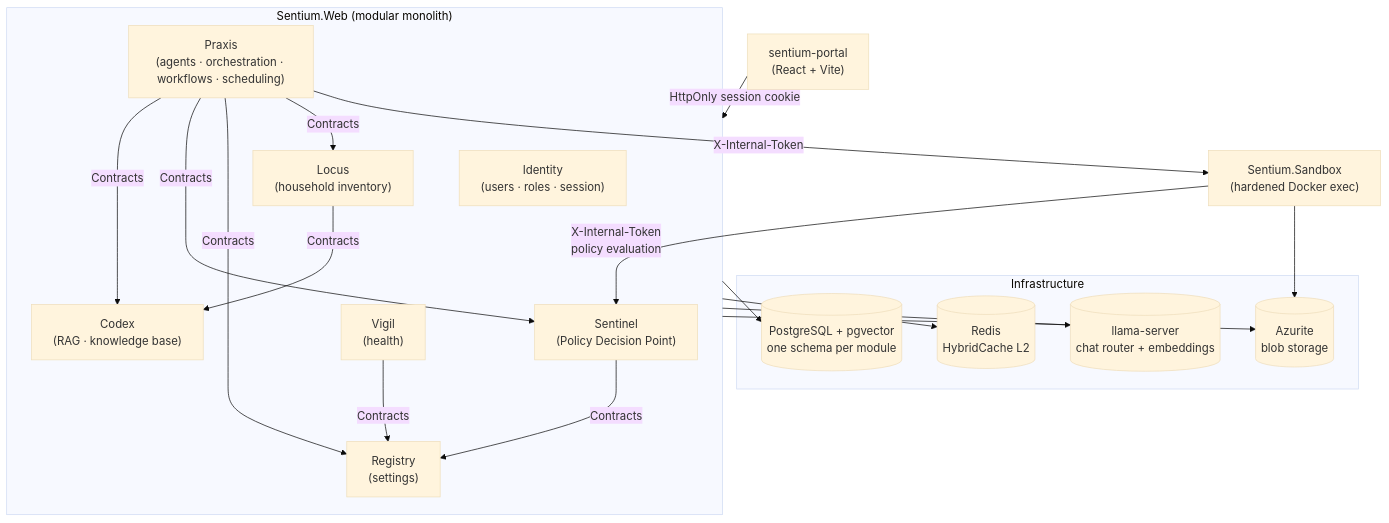
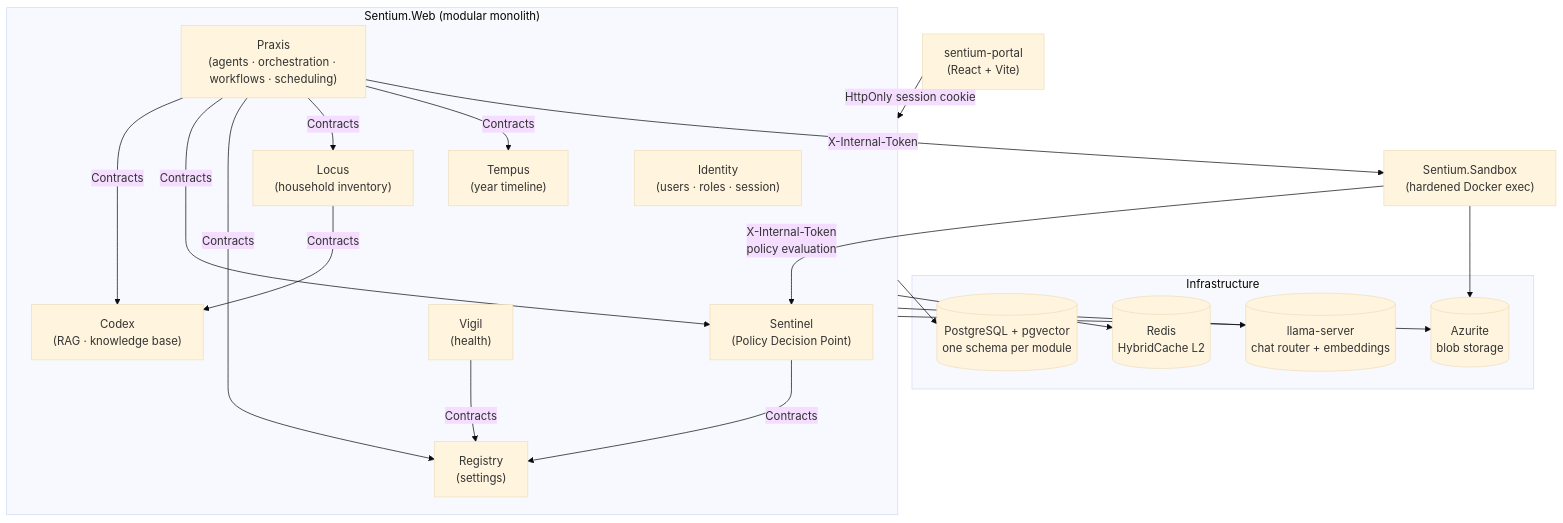
The diagram in README.md (mihailshterev/sentium), drawn with Mermaid (base theme) before and after one commit. The commit also changed other lines of this file and 158 other files, not shown here.

````diff
--- a/README.md
+++ b/README.md
@@ -50,34 +51,35 @@
 ```mermaid
 flowchart TB
     Portal["sentium-portal<br/>(React + Vite)"]
 
     Portal -->|HttpOnly session cookie| Web
 
     subgraph Web["Sentium.Web (modular monolith)"]
         Identity["Identity<br/>(users · roles · session)"]
         Praxis["Praxis<br/>(agents · orchestration · workflows · scheduling)"]
         Codex["Codex<br/>(RAG · knowledge base)"]
         Locus["Locus<br/>(household inventory)"]
+        Tempus["Tempus<br/>(year timeline)"]
         Sentinel["Sentinel<br/>(Policy Decision Point)"]
         Registry["Registry<br/>(settings)"]
         Vigil["Vigil<br/>(health)"]
     end
 
-    Praxis -->|Contracts| Codex & Sentinel & Registry & Locus
+    Praxis -->|Contracts| Codex & Sentinel & Registry & Locus & Tempus
     Locus -->|Contracts| Codex
     Sentinel -->|Contracts| Registry
     Vigil -->|Contracts| Registry
 
     Praxis -->|X-Internal-Token| Sandbox["Sentium.Sandbox<br/>(hardened Docker exec)"]
     Sandbox -->|X-Internal-Token<br/>policy evaluation| Sentinel
 
     subgraph Infrastructure
         PG[("PostgreSQL + pgvector<br/>one schema per module")]
         Redis[("Redis<br/>HybridCache L2")]
         LLM[("llama-server<br/>chat router + embeddings")]
         Blobs[("Azurite<br/>blob storage")]
     end
 
     Web --> PG & Redis & LLM & Blobs
     Sandbox --> Blobs
 ```
````
